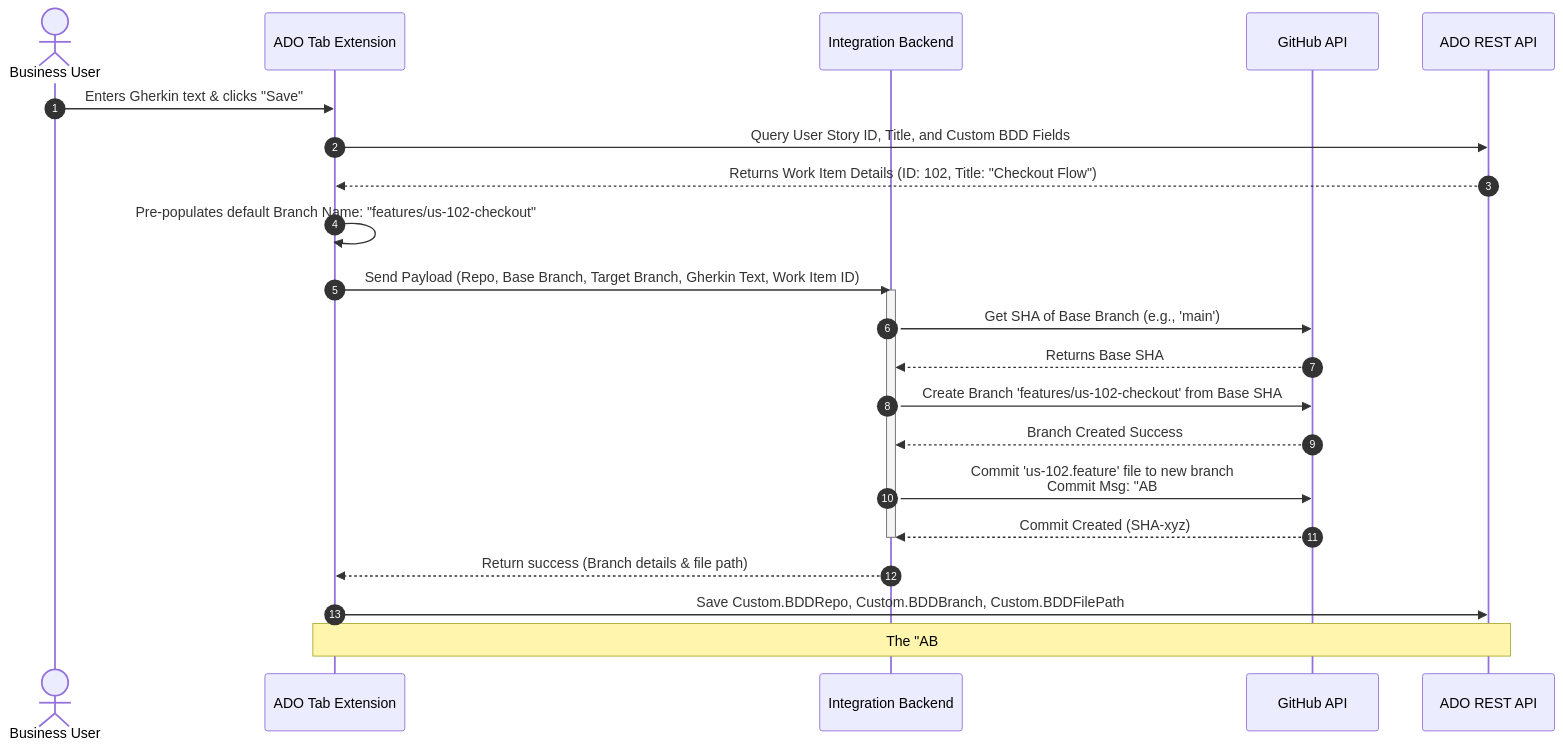
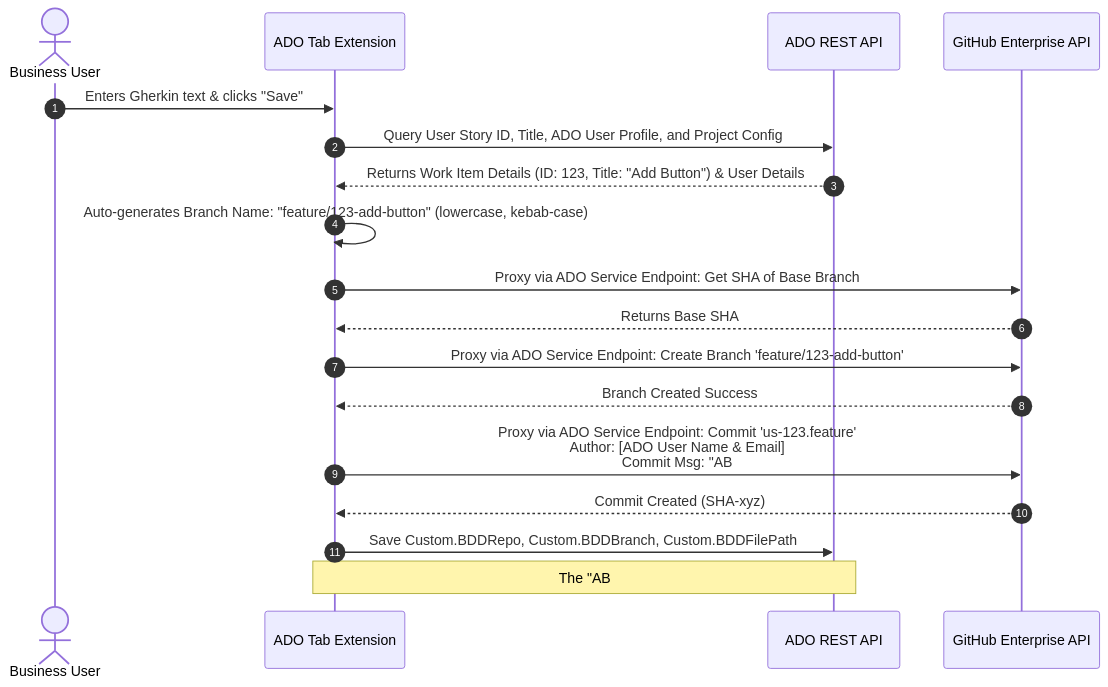
One commit to hari-repos/BDD-ADO-Github-Integration changed the second of 2 diagrams in solution_architecture.md. Above: the diagram before and after it, drawn with Mermaid. The commit also changed other lines of this file and 4309 other files, not shown here.

````diff
--- a/solution_architecture.md
+++ b/solution_architecture.md
@@ -70,26 +70,21 @@
 ```mermaid
 sequenceDiagram
     autonumber
     actor User as Business User
     participant Ext as ADO Tab Extension
-    participant AF as Integration Backend
-    participant GH as GitHub API
     participant ADO as ADO REST API
+    participant GH as GitHub Enterprise API
 
     User->>Ext: Enters Gherkin text & clicks "Save"
-    Ext->>ADO: Query User Story ID, Title, and Custom BDD Fields
-    ADO-->>Ext: Returns Work Item Details (ID: 102, Title: "Checkout Flow")
-    Ext->>Ext: Pre-populates default Branch Name: "features/us-102-checkout"
-    Ext->>AF: Send Payload (Repo, Base Branch, Target Branch, Gherkin Text, Work Item ID)
-    activate AF
-    AF->>GH: Get SHA of Base Branch (e.g., 'main')
-    GH-->>AF: Returns Base SHA
-    AF->>GH: Create Branch 'features/us-102-checkout' from Base SHA
-    GH-->>AF: Branch Created Success
-    AF->>GH: Commit 'us-102.feature' file to new branch<br/>Commit Msg: "AB#102: Add BDD scenario for checkout"
-    GH-->>AF: Commit Created (SHA-xyz)
-    deactivate AF
-    AF-->>Ext: Return success (Branch details & file path)
+    Ext->>ADO: Query User Story ID, Title, ADO User Profile, and Project Config
+    ADO-->>Ext: Returns Work Item Details (ID: 123, Title: "Add Button") & User Details
+    Ext->>Ext: Auto-generates Branch Name: "feature/123-add-button" (lowercase, kebab-case)
+    Ext->>GH: Proxy via ADO Service Endpoint: Get SHA of Base Branch
+    GH-->>Ext: Returns Base SHA
+    Ext->>GH: Proxy via ADO Service Endpoint: Create Branch 'feature/123-add-button'
+    GH-->>Ext: Branch Created Success
+    Ext->>GH: Proxy via ADO Service Endpoint: Commit 'us-123.feature'<br/>Author: [ADO User Name & Email]<br/>Commit Msg: "AB#123: Add BDD scenario for add button"
+    GH-->>Ext: Commit Created (SHA-xyz)
     Ext->>ADO: Save Custom.BDDRepo, Custom.BDDBranch, Custom.BDDFilePath
     Note over Ext, ADO: The "AB#102" in the commit message automatically<br/>links the commit and branch to the ADO User Story.
 ```
````
